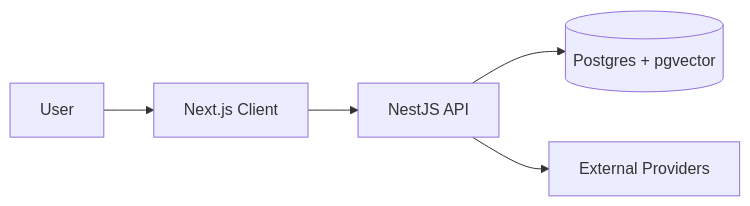
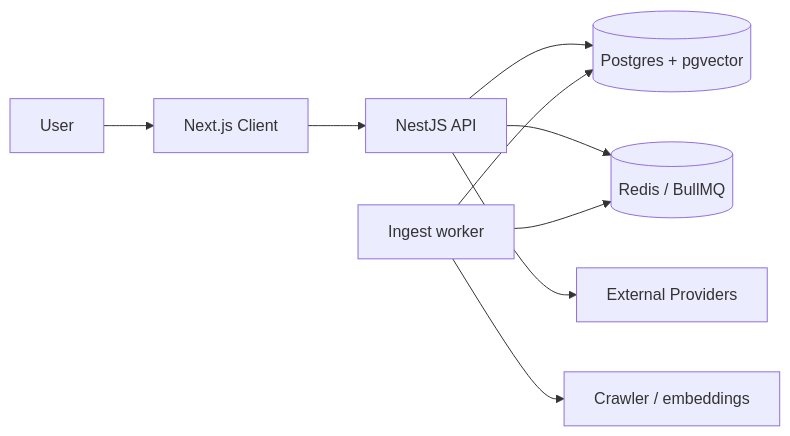
One commit to matzapata/explainit changed the first of 3 diagrams in docs/architecture.md. Above: the diagram before and after it, drawn with Mermaid. The commit also changed other lines of this file and 64 other files, not shown here.

````diff
--- a/docs/architecture.md
+++ b/docs/architecture.md
@@ -18,7 +20,11 @@
 ```mermaid
 flowchart LR
   User[User] --> Client[Next.js Client]
   Client --> API[NestJS API]
   API --> DB[(Postgres + pgvector)]
+  API --> Redis[(Redis / BullMQ)]
+  Worker[Ingest worker] --> Redis
+  Worker --> DB
+  Worker --> Crawler[Crawler / embeddings]
   API --> Providers[External Providers]
 ```
````
